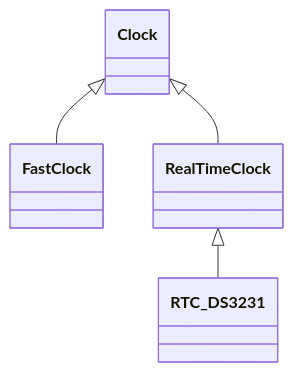
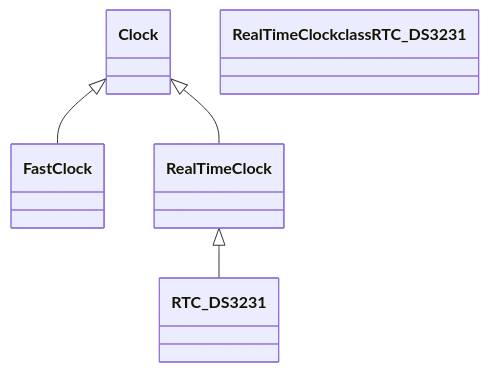
One commit to NickLocke/RoxeterModelRailway changed the diagram in ArduinoLibraries/README.md. Above: the diagram before and after it, drawn with Mermaid. The commit also changed other lines of this file and 1 other file, not shown here.

```diff
--- a/ArduinoLibraries/README.md
+++ b/ArduinoLibraries/README.md
@@ -12,10 +7,9 @@
 <div class="mermaid">
 classDiagram
-class Clock
-class FastClock
-class RealTimeClock
-class RTC_DS3231
-Clock <|-- FastClock
-Clock <|-- RealTimeClock
-RealTimeClock <|-- RTC_DS3231
+  class Clock
+  class FastClock
+  class RealTimeClockclass RTC_DS3231
+  Clock <|-- FastClock
+  Clock <|-- RealTimeClock
+  RealTimeClock <|-- RTC_DS3231
 </div>
```
